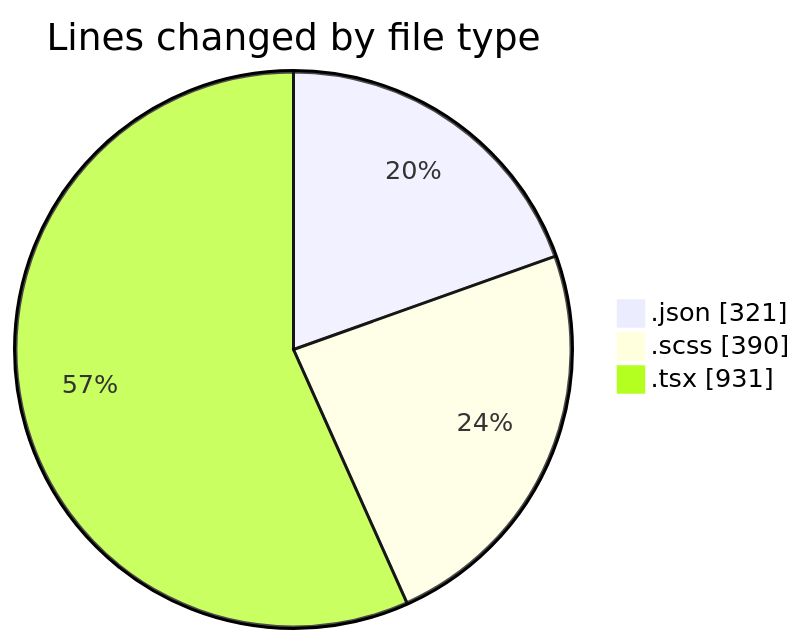
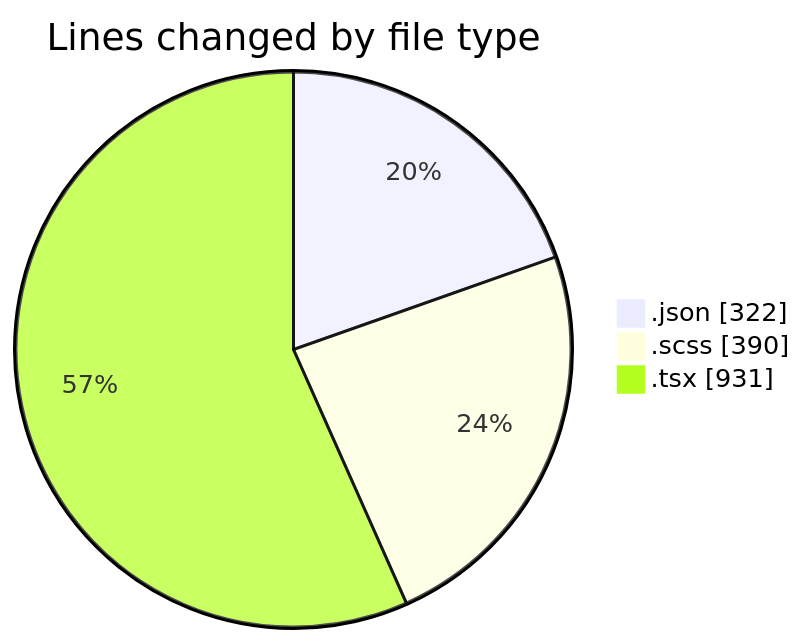
The first of 2 diagrams in 2026-04-20/cda/README.md (momahboobian/code-tracking), drawn with Mermaid before and after one commit. The commit also changed other lines of this file and 1 other file, not shown here.

````diff
--- a/2026-04-20/cda/README.md
+++ b/2026-04-20/cda/README.md
@@ -27,7 +27,7 @@
 ```mermaid
 pie showData
 title Lines changed by file type
-".json" : 321
+".json" : 322
 ".scss" : 390
 ".tsx" : 931
 ```
````
